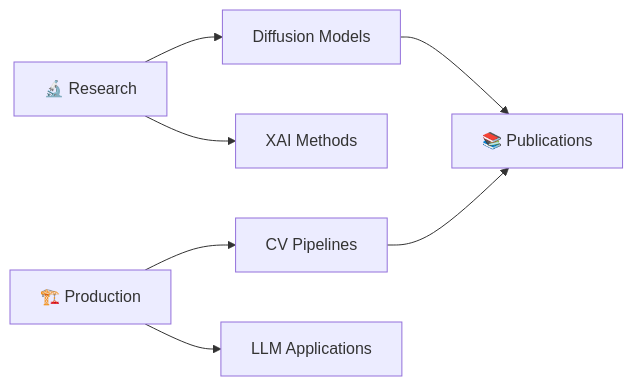
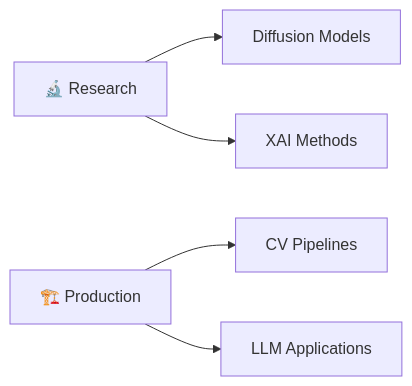
The diagram in README.md (garg-tejas/garg-tejas), drawn with Mermaid before and after one commit. The commit also changed other lines of this file, not shown here.

````diff
--- a/README.md
+++ b/README.md
@@ -159,9 +158,7 @@
 ```mermaid
 graph LR
     A[🔬 Research] --> B[Diffusion Models]
     A --> C[XAI Methods]
     D[🏗️ Production] --> E[CV Pipelines]
     D --> F[LLM Applications]
-    B --> G[📚 Publications]
-    E --> G
 ```
````
